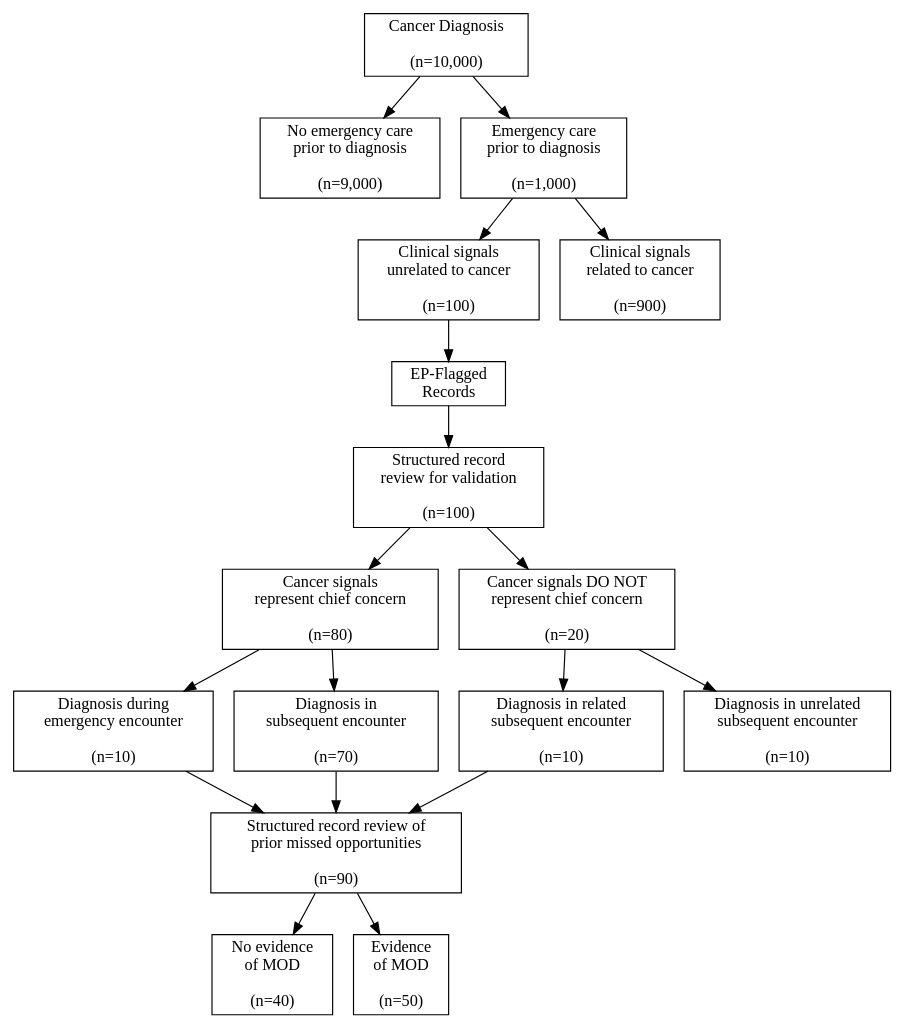
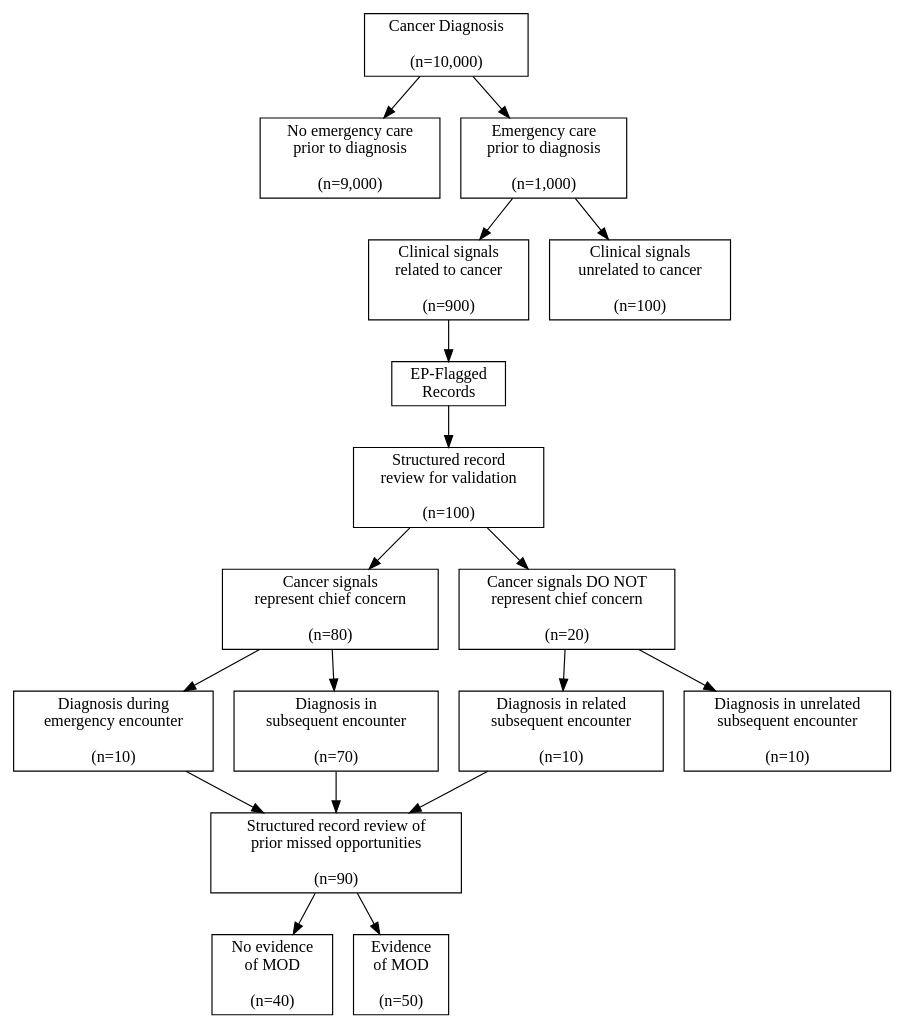
The diagram in consort.dot (zimolzak/MooreMeasures), drawn with Graphviz before and after one commit.

Commit message:
Fix typo in some early nodes

```diff
--- a/consort.dot
+++ b/consort.dot
@@ -1,48 +1,48 @@
 digraph{
 
 # Nodes
 
 cancer_dx[shape=rectangle, label="Cancer Diagnosis\n\n(n=10,000)"]
 no_emerg[shape=rectangle, label="No emergency care\nprior to diagnosis\n\n(n=9,000)"]
 emerg[shape=rectangle, label="Emergency care\nprior to diagnosis\n\n(n=1,000)"]
-signals_related[shape=rectangle, label="Clinical signals\nunrelated to cancer\n\n(n=100)"]
-signals_unrelated[shape=rectangle, label="Clinical signals\nrelated to cancer\n\n(n=900)"]
+signals_related[shape=rectangle, label="Clinical signals\nrelated to cancer\n\n(n=900)"]
+signals_unrelated[shape=rectangle, label="Clinical signals\nunrelated to cancer\n\n(n=100)"]
 
 Flagged[shape=rectangle, label="EP-Flagged\nRecords"]
 review_sample[shape=rectangle, label="Structured record\nreview for validation\n\n(n=100)"]
 chief_concern[shape=rectangle, label="Cancer signals\nrepresent chief concern\n\n(n=80)"]
 not_chief[shape=rectangle, label="Cancer signals DO NOT\nrepresent chief concern\n\n(n=20)"]
 
 dx_during_type1[shape=rectangle, label="Diagnosis during\nemergency encounter\n\n(n=10)"]
 dx_later_type2[shape=rectangle, label="Diagnosis in\nsubsequent encounter\n\n(n=70)"]
 dx_related_type3_incidental[shape=rectangle, label="Diagnosis in related\nsubsequent encounter\n\n(n=10)"]
 dx_unrelated_nonEP_FP[shape=rectangle, label="Diagnosis in unrelated\nsubsequent encounter\n\n(n=10)"]
 
 MOD_review[shape=rectangle, label="Structured record review of\nprior missed opportunities\n\n(n=90)"]
 no_MOD[shape=rectangle, label="No evidence\nof MOD\n\n(n=40)"]
 yes_MOD[shape=rectangle, label="Evidence\nof MOD\n\n(n=50)"]
 
 # Edges
 
 cancer_dx -> no_emerg
 cancer_dx -> emerg
 emerg -> signals_unrelated
 emerg -> signals_related
 signals_related -> Flagged
 
 Flagged -> review_sample
 review_sample -> chief_concern
 review_sample -> not_chief
 chief_concern -> dx_during_type1
 chief_concern -> dx_later_type2
 not_chief -> dx_related_type3_incidental
 not_chief -> dx_unrelated_nonEP_FP
 
 dx_during_type1 -> MOD_review
 dx_later_type2 -> MOD_review
 dx_related_type3_incidental -> MOD_review
 
 MOD_review -> yes_MOD
 MOD_review -> no_MOD
 
 }
```
